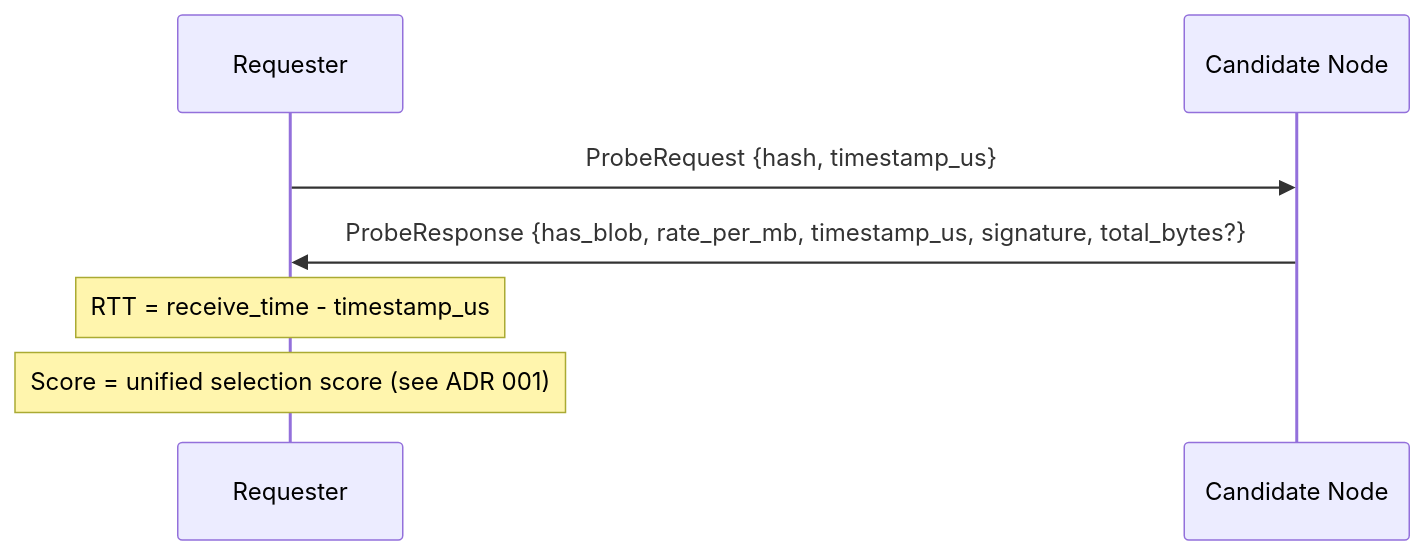
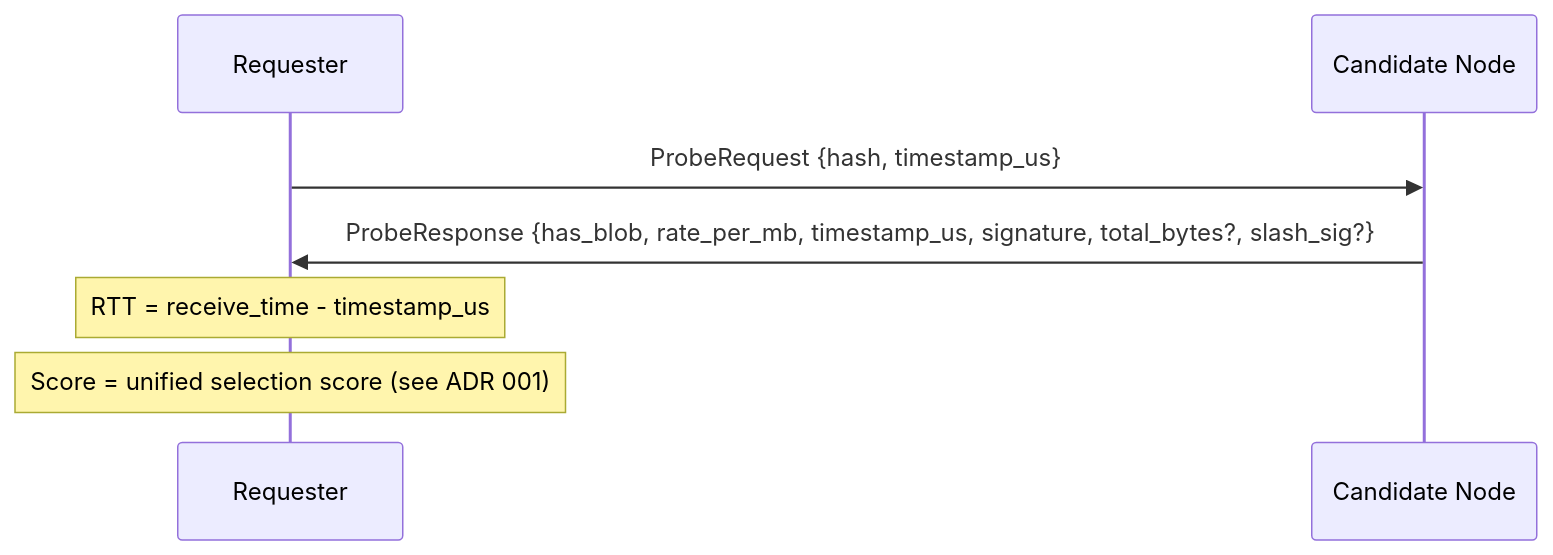
Before and after one commit to decdn/decdn: the first of 4 diagrams in adr/005-protocol.md, drawn with Mermaid. The commit also changed other lines of this file and 7 other files, not shown here.

````diff
--- a/adr/005-protocol.md
+++ b/adr/005-protocol.md
@@ -40,11 +40,11 @@
 ```mermaid
 sequenceDiagram
     participant R as Requester
     participant C as Candidate Node
 
     R->>C: ProbeRequest {hash, timestamp_us}
-    C->>R: ProbeResponse {has_blob, rate_per_mb, timestamp_us, signature, total_bytes?}
+    C->>R: ProbeResponse {has_blob, rate_per_mb, timestamp_us, signature, total_bytes?, slash_sig?}
 
     Note over R: RTT = receive_time - timestamp_us
     Note over R: Score = unified selection score (see ADR 001)
 ```
````
